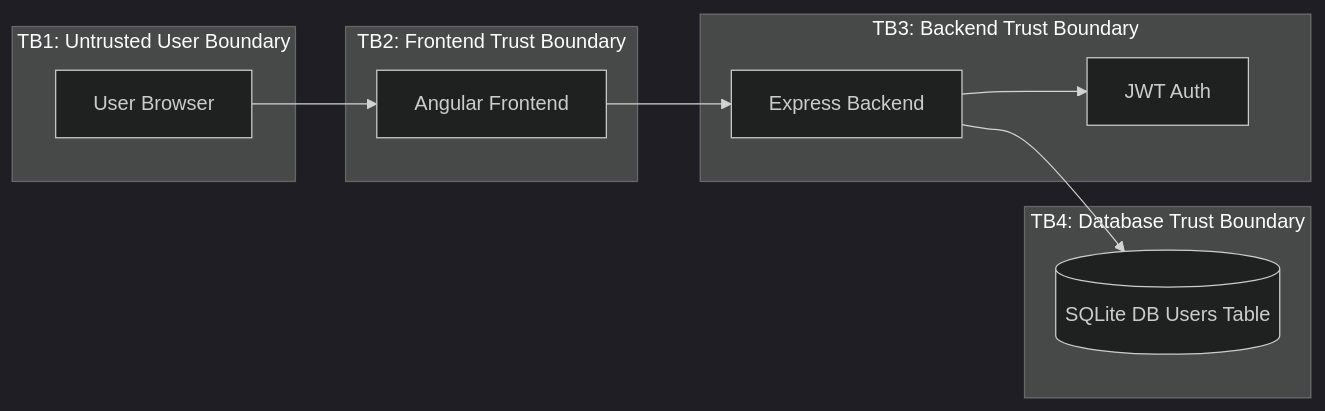
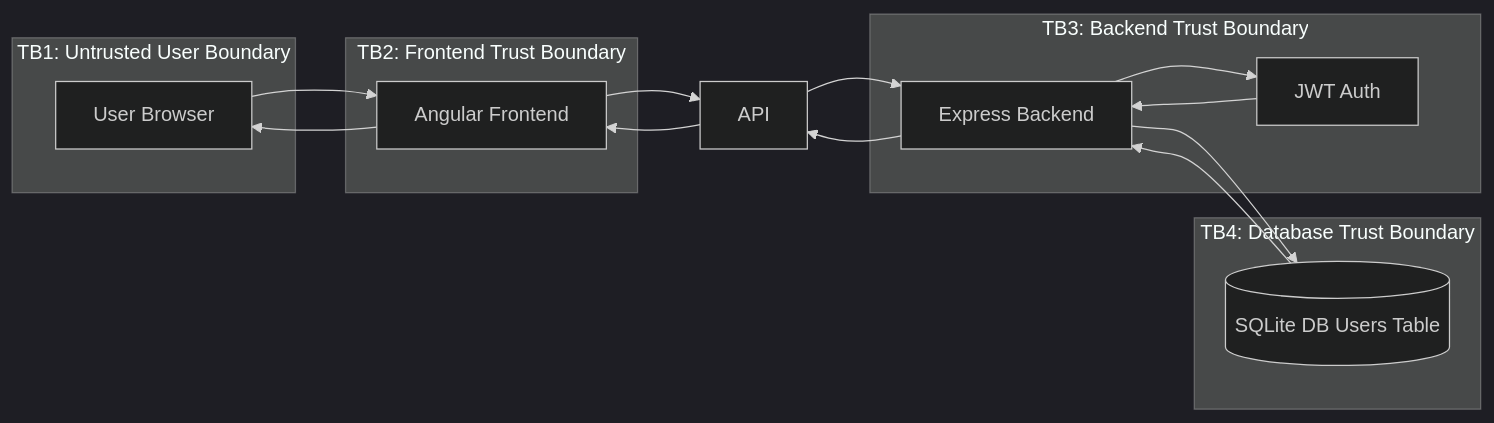
The third of 5 diagrams in Cybersecurity-Portfolio/Threat Modeling - OWASP Juice Shop/README.md (JosephJ12/CTF-Walkthroughs), drawn with Mermaid (dark theme) before and after one commit. The commit also changed other lines of this file, not shown here.

````diff
--- a/Cybersecurity-Portfolio/Threat Modeling - OWASP Juice Shop/README.md
+++ b/Cybersecurity-Portfolio/Threat Modeling - OWASP Juice Shop/README.md
@@ -82,24 +85,30 @@
 ```mermaid
 flowchart LR
     subgraph TB1["TB1: Untrusted User Boundary"]
         U[User Browser]
     end
 
     subgraph TB2["TB2: Frontend Trust Boundary"]
         FE[Angular Frontend]
     end
 
     subgraph TB3["TB3: Backend Trust Boundary"]
-        APP[Express Backend]
+        BE[Express Backend]
         JWT[JWT Auth]
     end
 
     subgraph TB4["TB4: Database Trust Boundary"]
         DB[(SQLite DB Users Table)]
     end
 
     U --> FE
-    FE --> APP
-    APP --> JWT
-    APP --> DB
+    FE --> API
+    API --> BE
+    BE --> DB
+    DB --> BE
+    BE --> JWT
+    JWT --> BE
+    BE --> API
+    API --> FE
+    FE --> U
 ```
````
